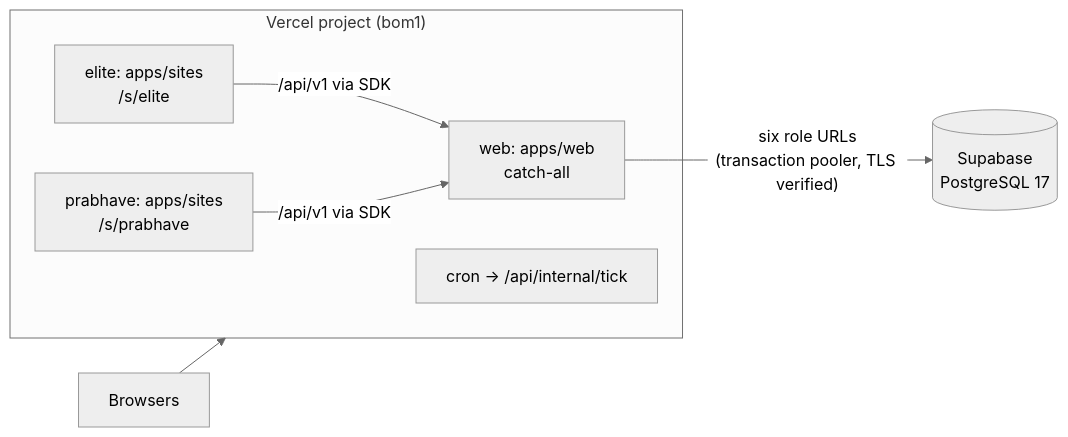
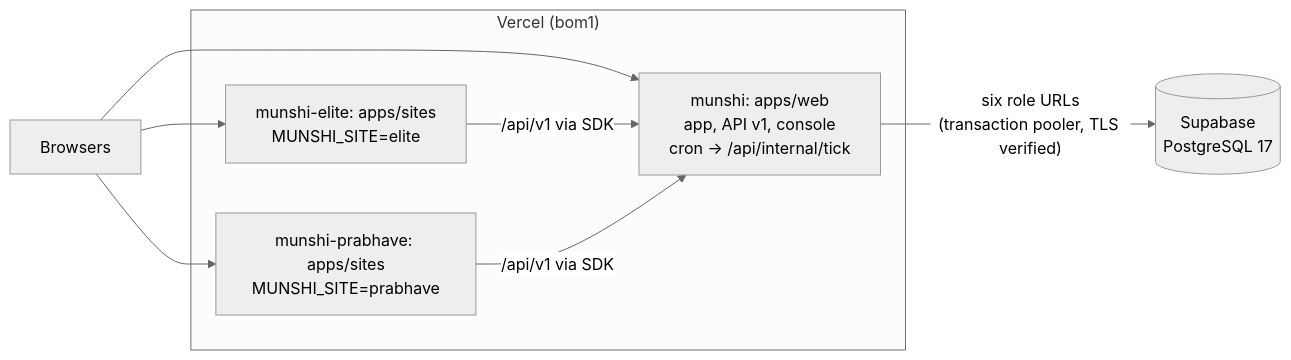
The diagram in docs/deployment.md (SawhneySatvik/munshi), drawn with Mermaid (neutral theme) before and after one commit. The commit also changed other lines of this file and 16 other files, not shown here.

````diff
--- a/docs/deployment.md
+++ b/docs/deployment.md
@@ -11,13 +13,14 @@
 ```mermaid
 flowchart LR
-  browser["Browsers"] --> vercel
-  subgraph vercel["Vercel project (bom1)"]
-    web["web: apps/web<br/>catch-all"]
-    elite["elite: apps/sites<br/>/s/elite"]
-    prabhave["prabhave: apps/sites<br/>/s/prabhave"]
-    cron["cron → /api/internal/tick"]
+  browser["Browsers"] --> web
+  browser --> elite
+  browser --> prabhave
+  subgraph vercel["Vercel (bom1)"]
+    web["munshi: apps/web<br/>app, API v1, console<br/>cron → /api/internal/tick"]
+    elite["munshi-elite: apps/sites<br/>MUNSHI_SITE=elite"]
+    prabhave["munshi-prabhave: apps/sites<br/>MUNSHI_SITE=prabhave"]
   end
   elite -- "/api/v1 via SDK" --> web
   prabhave -- "/api/v1 via SDK" --> web
   web -- "six role URLs<br/>(transaction pooler, TLS verified)" --> db[("Supabase<br/>PostgreSQL 17")]
 ```
````
